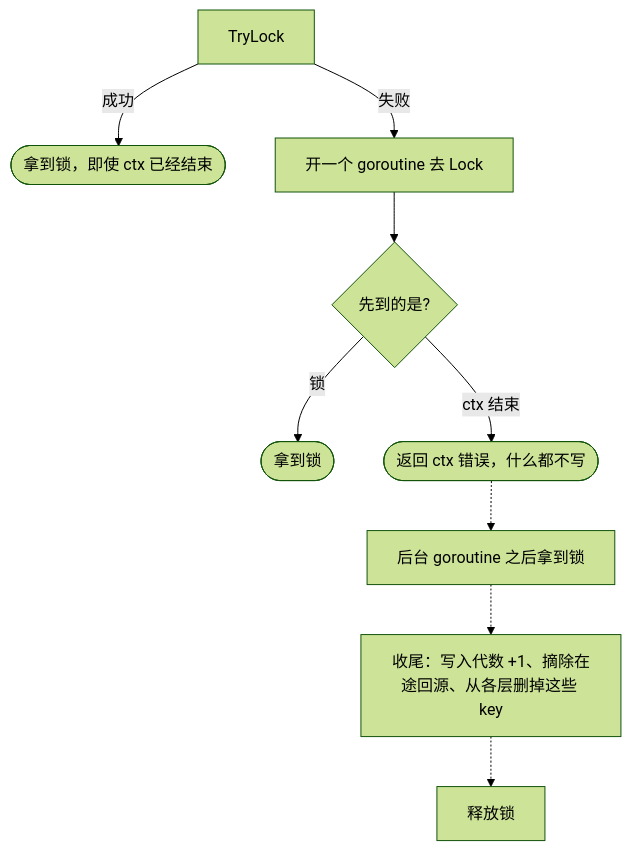
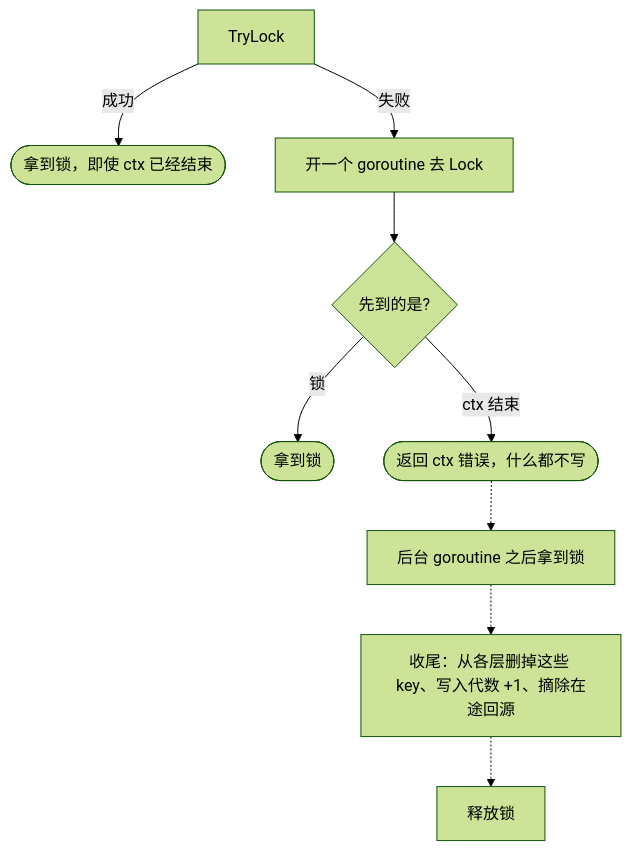
One commit to theplant/cachex changed the eighth of 8 diagrams in docs/design/write-order.md. Above: the diagram before and after it, drawn with Mermaid (forest theme). The commit also changed other lines of this file and 7 other files, not shown here.

````diff
--- a/docs/design/write-order.md
+++ b/docs/design/write-order.md
@@ -261,11 +280,11 @@
 ```mermaid
 flowchart TD
     a[TryLock] -- 成功 --> ok([拿到锁，即使 ctx 已经结束])
     a -- 失败 --> b[开一个 goroutine 去 Lock]
     b --> c{先到的是?}
     c -- 锁 --> ok2([拿到锁])
     c -- ctx 结束 --> d([返回 ctx 错误，什么都不写])
     d -.-> e[后台 goroutine 之后拿到锁]
-    e -.-> f[收尾：写入代数 +1、摘除在途回源、从各层删掉这些 key]
+    e -.-> f[收尾：从各层删掉这些 key、写入代数 +1、摘除在途回源]
     f -.-> g[释放锁]
 ```
````
